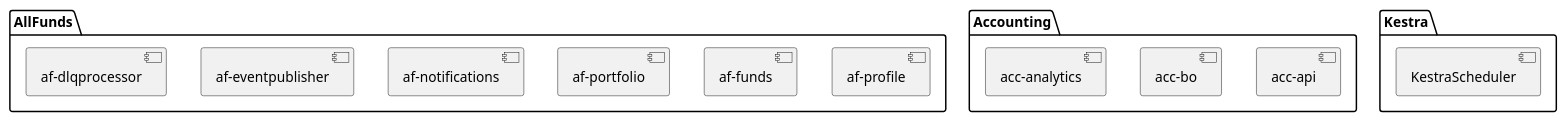
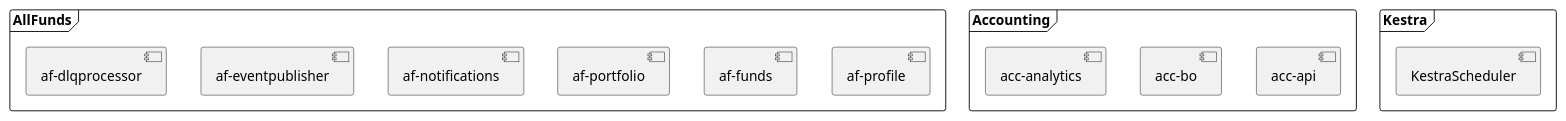
Before and after one commit to prasadkothapally/hari: the second of 3 diagrams in docs/Build/Architecture/Deployment.md, drawn with PlantUML.

Commit message:
added components view

````diff
--- a/docs/Build/Architecture/Deployment.md
+++ b/docs/Build/Architecture/Deployment.md
@@ -40,34 +40,34 @@
 ```kroki-plantuml
 @startuml
 
-package AllFunds { 
+frame AllFunds { 
   component af-profile{
   }
   component af-funds{
   }
   component af-portfolio{
   }
   component af-notifications{
   }
   component af-eventpublisher{
   }
   component af-dlqprocessor{
   }
 }
 
-package Accounting {
+frame Accounting {
   component acc-api{
   }
   component acc-bo{
   }
   component acc-analytics{
   }
 }
 
-package Kestra {
+frame Kestra {
  component KestraScheduler{
  }
 }
 
 @enduml
 ```
````
